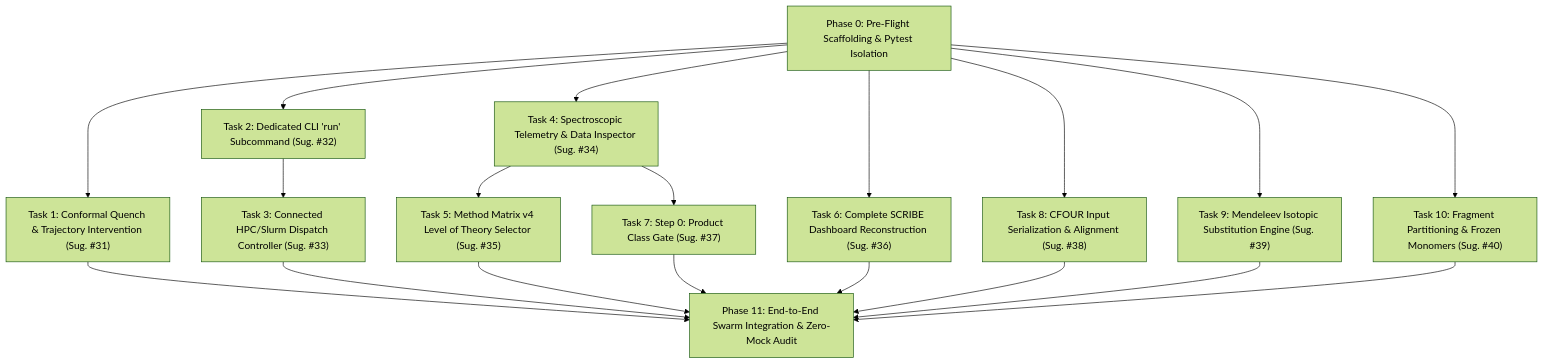
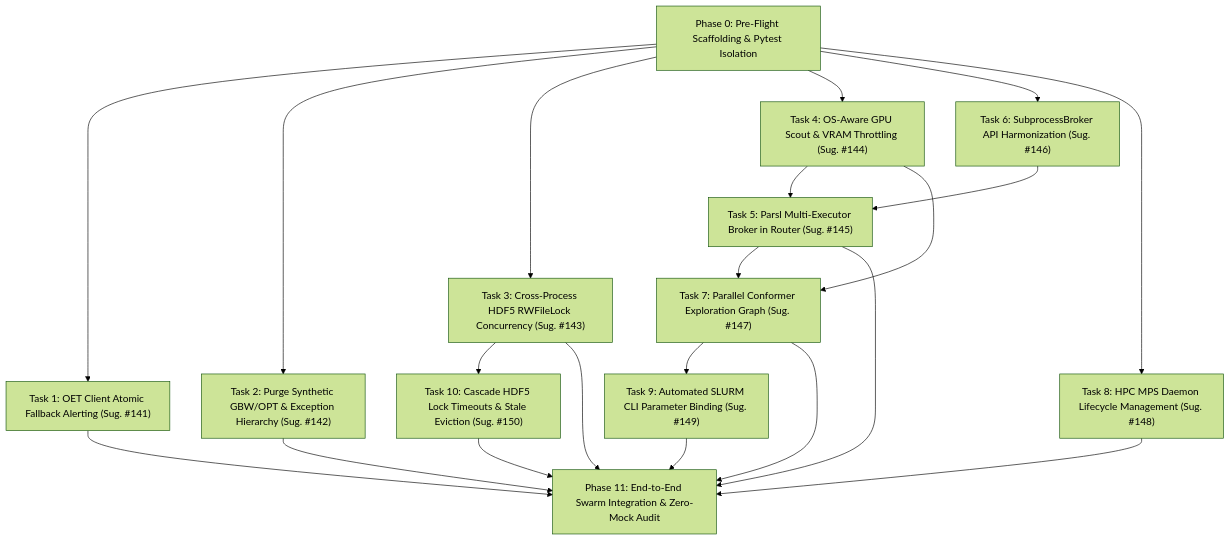
One commit to ProfJJK-CoChem/CoChem-BASE changed the diagram in Task_List.md. Above: the diagram before and after it, drawn with Mermaid (forest theme). The commit also changed other lines of this file and 40 other files, not shown here.

````diff
--- a/Task_List.md
+++ b/Task_List.md
@@ -119,27 +243,28 @@
 ```mermaid
 graph TD
     P0["Phase 0: Pre-Flight Scaffolding & Pytest Isolation"]
-    T1["Task 1: Conformal Quench & Trajectory Intervention (Sug. #31)"]
-    T2["Task 2: Dedicated CLI 'run' Subcommand (Sug. #32)"]
-    T3["Task 3: Connected HPC/Slurm Dispatch Controller (Sug. #33)"]
-    T4["Task 4: Spectroscopic Telemetry & Data Inspector (Sug. #34)"]
-    T5["Task 5: Method Matrix v4 Level of Theory Selector (Sug. #35)"]
-    T6["Task 6: Complete SCRIBE Dashboard Reconstruction (Sug. #36)"]
-    T7["Task 7: Step 0: Product Class Gate (Sug. #37)"]
-    T8["Task 8: CFOUR Input Serialization & Alignment (Sug. #38)"]
-    T9["Task 9: Mendeleev Isotopic Substitution Engine (Sug. #39)"]
-    T10["Task 10: Fragment Partitioning & Frozen Monomers (Sug. #40)"]
+    T1["Task 1: OET Client Atomic Fallback Alerting (Sug. #141)"]
+    T2["Task 2: Purge Synthetic GBW/OPT & Exception Hierarchy (Sug. #142)"]
+    T3["Task 3: Cross-Process HDF5 RWFileLock Concurrency (Sug. #143)"]
+    T4["Task 4: OS-Aware GPU Scout & VRAM Throttling (Sug. #144)"]
+    T5["Task 5: Parsl Multi-Executor Broker in Router (Sug. #145)"]
+    T6["Task 6: SubprocessBroker API Harmonization (Sug. #146)"]
+    T7["Task 7: Parallel Conformer Exploration Graph (Sug. #147)"]
+    T8["Task 8: HPC MPS Daemon Lifecycle Management (Sug. #148)"]
+    T9["Task 9: Automated SLURM CLI Parameter Binding (Sug. #149)"]
+    T10["Task 10: Cascade HDF5 Lock Timeouts & Stale Eviction (Sug. #150)"]
     P11["Phase 11: End-to-End Swarm Integration & Zero-Mock Audit"]
 
     P0 --> T1
     P0 --> T2
-    T2 --> T3
+    P0 --> T3
     P0 --> T4
     T4 --> T5
-    T4 --> T7
+    T6 --> T5
     P0 --> T6
+    T4 & T5 --> T7
     P0 --> T8
-    P0 --> T9
-    P0 --> T10
-    T1 & T3 & T5 & T6 & T7 & T8 & T9 & T10 --> P11
+    T7 --> T9
+    T3 --> T10
+    T1 & T2 & T3 & T5 & T7 & T8 & T9 & T10 --> P11
 ```
````
